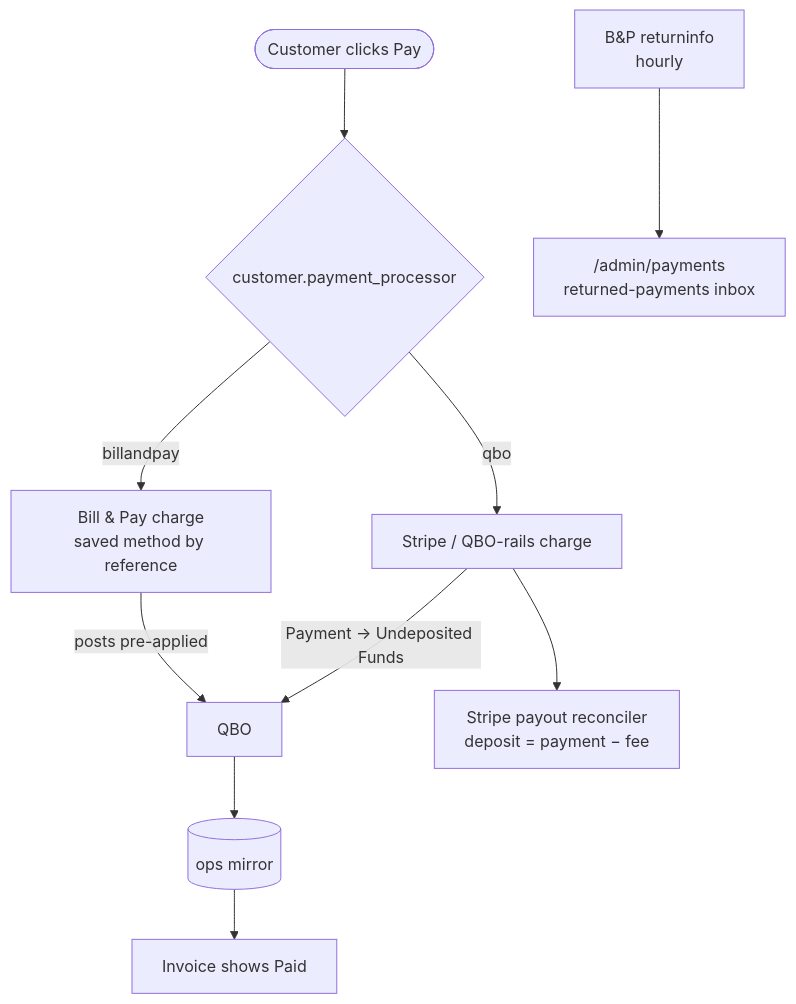
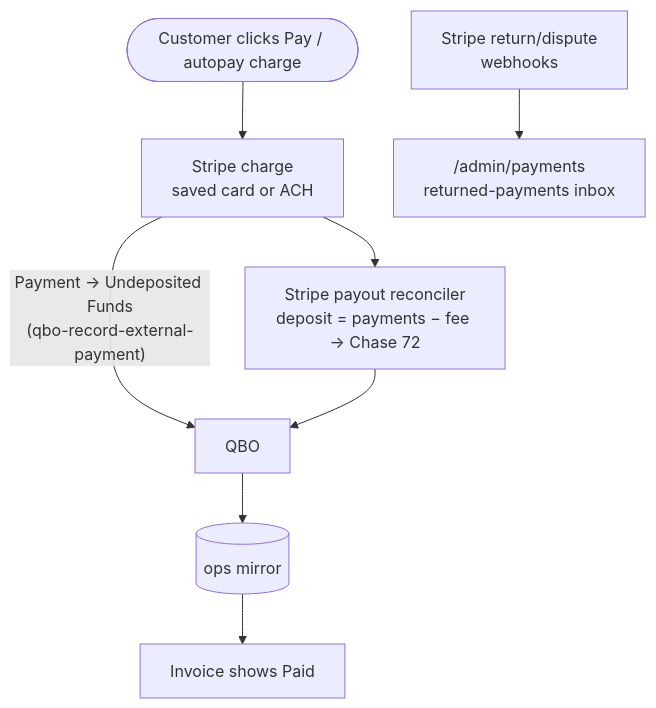
Before and after one commit to skypace/apbg-billing: the fourth of 5 diagrams in docs/handbook/12-architecture-overview.md, drawn with Mermaid. The commit also changed other lines of this file and 4 other files, not shown here.

````diff
--- a/docs/handbook/12-architecture-overview.md
+++ b/docs/handbook/12-architecture-overview.md
@@ -93,11 +96,9 @@
 ```mermaid
 flowchart TD
-  pay([Customer clicks Pay]) --> rail{customer.payment_processor}
-  rail -->|billandpay| bp["Bill & Pay charge<br/>saved method by reference"]
-  rail -->|qbo| st[Stripe / QBO-rails charge]
-  bp -->|posts pre-applied| qbo3[QBO]
-  st -->|Payment → Undeposited Funds| qbo3
-  st --> recon[Stripe payout reconciler<br/>deposit = payment − fee]
+  pay([Customer clicks Pay / autopay charge]) --> st[Stripe charge<br/>saved card or ACH]
+  st -->|"Payment → Undeposited Funds<br/>(qbo-record-external-payment)"| qbo3[QBO]
+  st --> recon["Stripe payout reconciler<br/>deposit = payments − fee → Chase 72"]
+  recon --> qbo3
   qbo3 --> m3[(ops mirror)] --> paid[Invoice shows Paid]
-  bpret["B&P returninfo<br/>hourly"] --> inbox["/admin/payments<br/>returned-payments inbox"]
+  stret[Stripe return/dispute<br/>webhooks] --> inbox["/admin/payments<br/>returned-payments inbox"]
 ```
````
